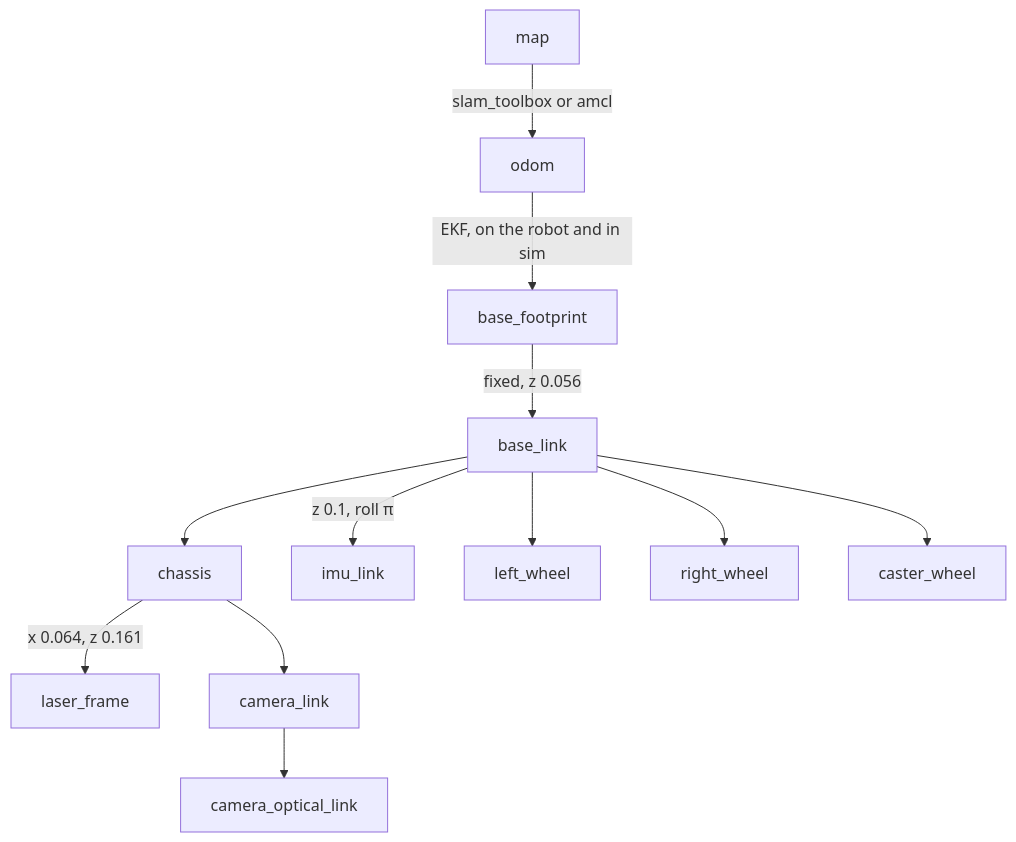
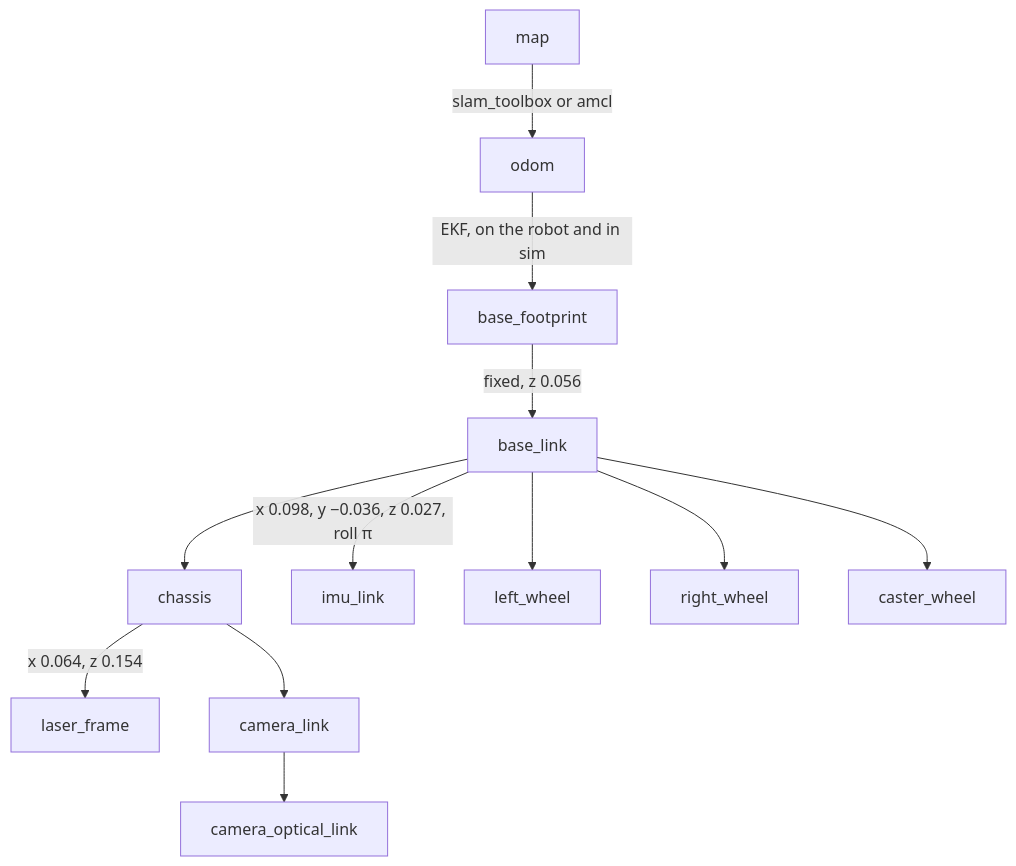
Before and after one commit to jakhon37/autoJetsonBot: the third of 5 diagrams in docs/architecture/SYSTEM_ARCHITECTURE.md, drawn with Mermaid. The commit also changed 10 other files, not shown here.

````diff
--- a/docs/architecture/SYSTEM_ARCHITECTURE.md
+++ b/docs/architecture/SYSTEM_ARCHITECTURE.md
@@ -94,14 +94,14 @@
 ```mermaid
 flowchart TD
     map["map"] -->|"slam_toolbox or amcl"| odom["odom"]
     odom -->|"EKF, on the robot and in sim"| bf["base_footprint"]
     bf -->|"fixed, z 0.056"| bl["base_link"]
     bl --> ch["chassis"]
-    ch -->|"x 0.064, z 0.161"| laser["laser_frame"]
+    ch -->|"x 0.064, z 0.154"| laser["laser_frame"]
     ch --> cam["camera_link"]
     cam --> camopt["camera_optical_link"]
-    bl -->|"z 0.1, roll π"| imu["imu_link"]
+    bl -->|"x 0.098, y −0.036, z 0.027, roll π"| imu["imu_link"]
     bl --> lw["left_wheel"]
     bl --> rw["right_wheel"]
     bl --> cw["caster_wheel"]
 ```
````
